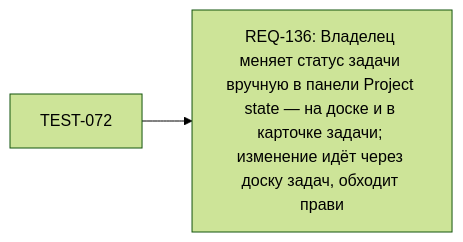
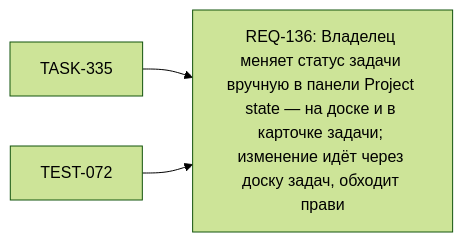
Before and after one commit to VanUST/dsh-vanust: the diagram in state/views/map/REQ-136.mmd, drawn with Mermaid (forest theme). The commit also changed 62 other files, not shown here.

```diff
--- a/state/views/map/REQ-136.mmd
+++ b/state/views/map/REQ-136.mmd
@@ -1,4 +1,5 @@
 %% GENERATED — DO NOT EDIT. REQ REQ-136
 graph LR
   REQ_136["REQ-136: Владелец меняет статус задачи вручную в панели Project state — на доске и в карточке задачи; изменение идёт через доску задач, обходит прави"]
+  TASK_335["TASK-335"] --> REQ_136
   TEST_072["TEST-072"] --> REQ_136
```
